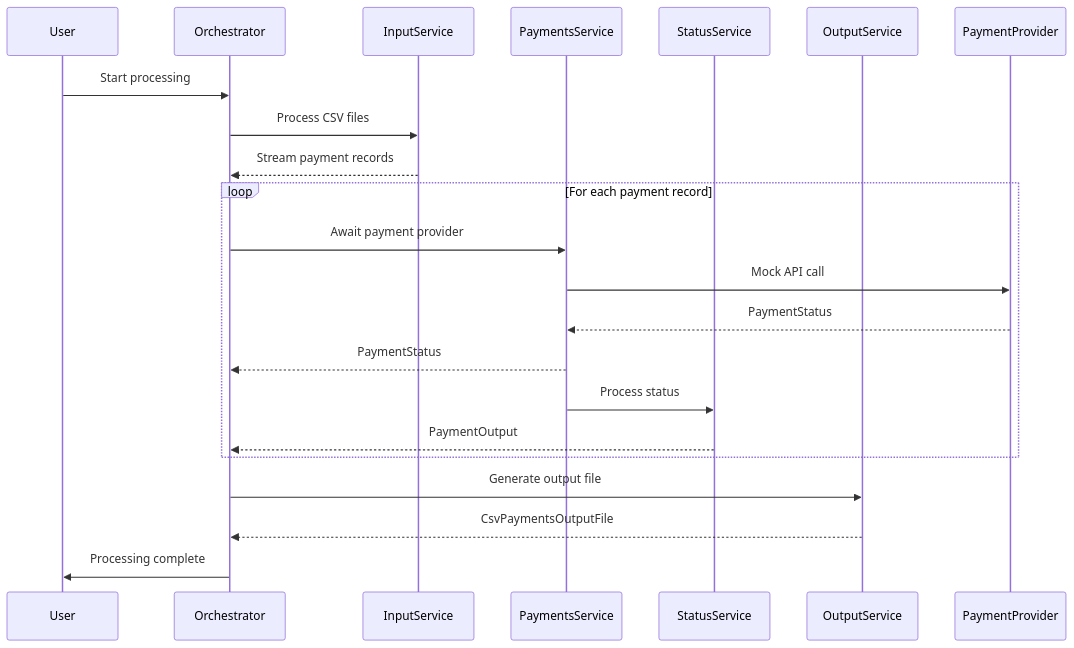
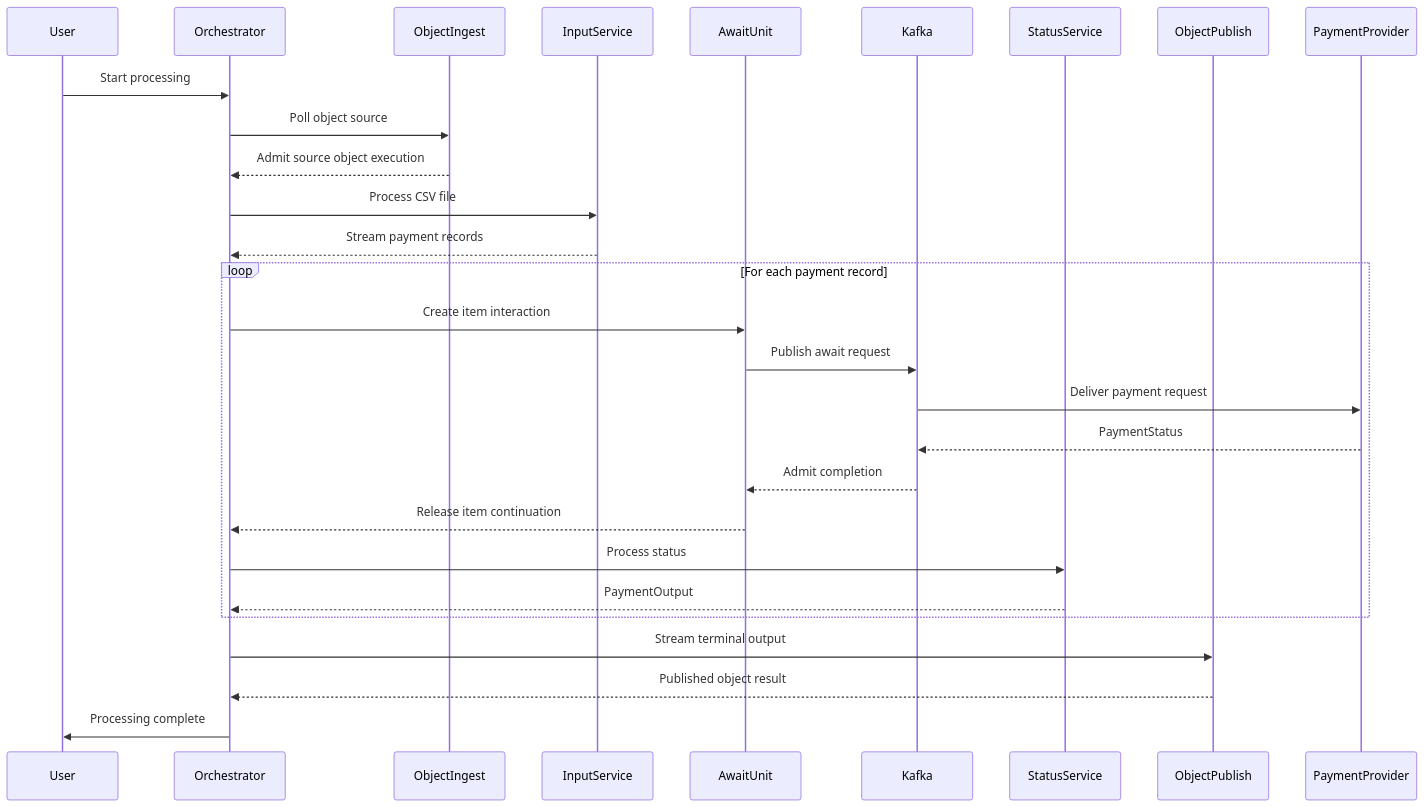
One commit to The-Pipeline-Framework/pipelineframework changed the second of 2 diagrams in examples/csv-payments/README.md. Above: the diagram before and after it, drawn with Mermaid. The commit also changed other lines of this file and 133 other files, not shown here.

First line of the commit message:
Migrate CSV Payments to object I/O connectors (#431)

````diff
--- a/examples/csv-payments/README.md
+++ b/examples/csv-payments/README.md
@@ -378,25 +374,31 @@
 ```mermaid
 sequenceDiagram
     participant User
     participant Orchestrator
+    participant ObjectIngest
     participant InputService
-    participant PaymentsService
+    participant AwaitUnit
+    participant Kafka
     participant StatusService
-    participant OutputService
+    participant ObjectPublish
     participant PaymentProvider
 
     User->>Orchestrator: Start processing
-    Orchestrator->>InputService: Process CSV files
+    Orchestrator->>ObjectIngest: Poll object source
+    ObjectIngest-->>Orchestrator: Admit source object execution
+    Orchestrator->>InputService: Process CSV file
     InputService-->>Orchestrator: Stream payment records
     loop For each payment record
-        Orchestrator->>PaymentsService: Await payment provider
-        PaymentsService->>PaymentProvider: Mock API call
-        PaymentProvider-->>PaymentsService: PaymentStatus
-        PaymentsService-->>Orchestrator: PaymentStatus
-        PaymentsService->>StatusService: Process status
+        Orchestrator->>AwaitUnit: Create item interaction
+        AwaitUnit->>Kafka: Publish await request
+        Kafka->>PaymentProvider: Deliver payment request
+        PaymentProvider-->>Kafka: PaymentStatus
+        Kafka-->>AwaitUnit: Admit completion
+        AwaitUnit-->>Orchestrator: Release item continuation
+        Orchestrator->>StatusService: Process status
         StatusService-->>Orchestrator: PaymentOutput
     end
-    Orchestrator->>OutputService: Generate output file
-    OutputService-->>Orchestrator: CsvPaymentsOutputFile
+    Orchestrator->>ObjectPublish: Stream terminal output
+    ObjectPublish-->>Orchestrator: Published object result
     Orchestrator->>User: Processing complete
 ```
````
